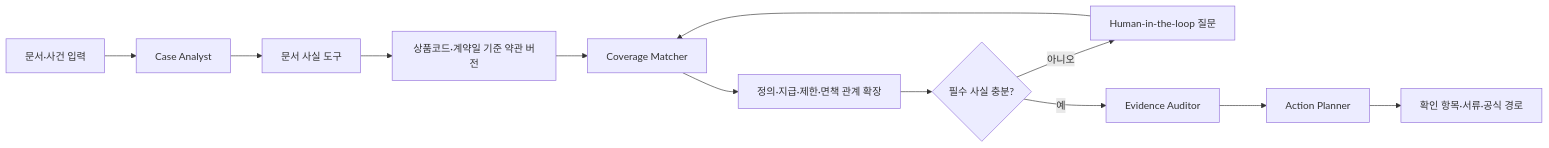
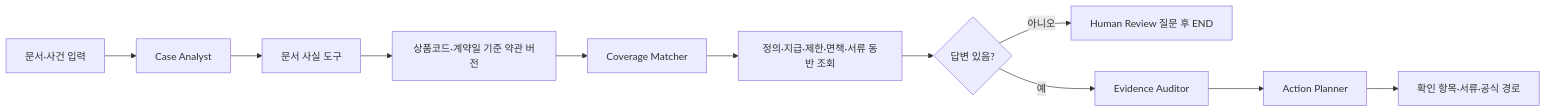
Before and after one commit to turtlehwan/2026-finance-ai-challenge: the diagram in docs/contest-readiness-report.md, drawn with Mermaid. The commit also changed other lines of this file and 15 other files, not shown here.

````diff
--- a/docs/contest-readiness-report.md
+++ b/docs/contest-readiness-report.md
@@ -36,14 +36,13 @@
 ```mermaid
 flowchart LR
   A[문서·사건 입력] --> B[Case Analyst]
   B --> C[문서 사실 도구]
   C --> D[상품코드·계약일 기준 약관 버전]
   D --> E[Coverage Matcher]
-  E --> F[정의·지급·제한·면책 관계 확장]
-  F --> G{필수 사실 충분?}
-  G -- 아니오 --> H[Human-in-the-loop 질문]
-  H --> E
+  E --> F[정의·지급·제한·면책·서류 동반 조회]
+  F --> G{답변 있음?}
+  G -- 아니오 --> H[Human Review 질문 후 END]
   G -- 예 --> I[Evidence Auditor]
   I --> J[Action Planner]
   J --> K[확인 항목·서류·공식 경로]
 ```
````
